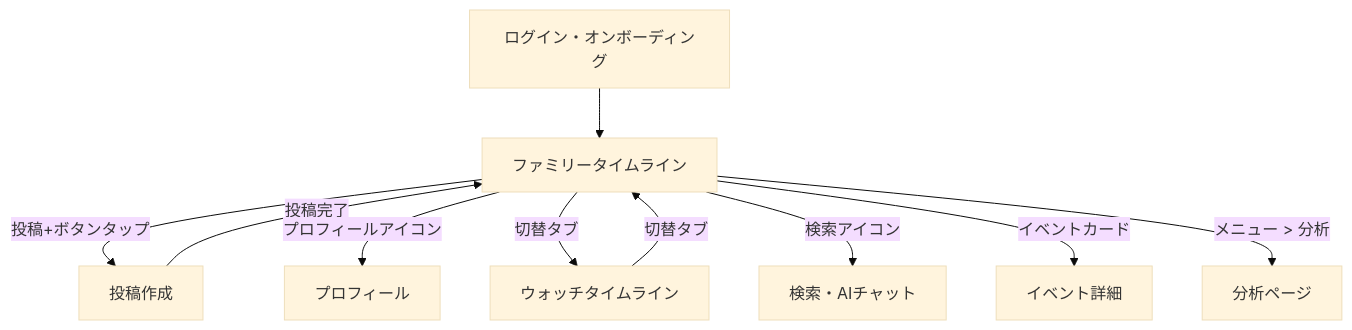
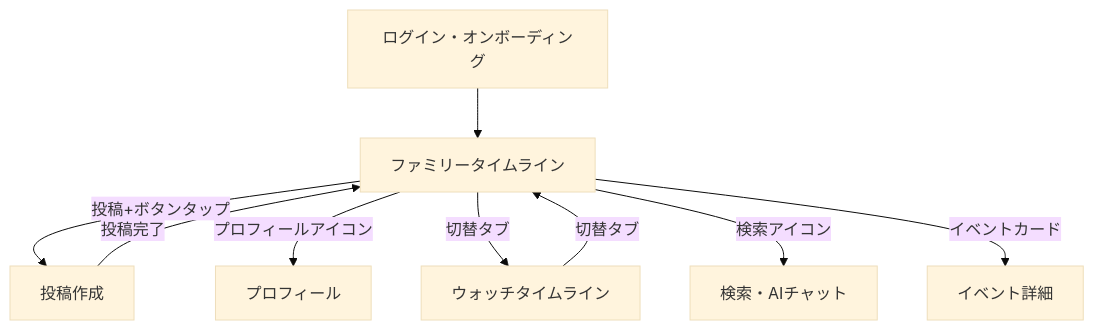
The first of 26 diagrams in doc/screen_flow.md (okap-goldman/kanushi), drawn with Mermaid (base theme) before and after one commit. The commit also changed other lines of this file and 199 other files, not shown here.

````diff
--- a/doc/screen_flow.md
+++ b/doc/screen_flow.md
@@ -5,12 +386,11 @@
 ```mermaid
 graph TD
   A[ログイン・オンボーディング] --> B[ファミリータイムライン]
   B -->|投稿+ボタンタップ| C[投稿作成]
   C -->|投稿完了| B
   B -->|プロフィールアイコン| D[プロフィール]
   B -->|切替タブ| W[ウォッチタイムライン]
   W -->|切替タブ| B
   B -->|検索アイコン| X[検索・AIチャット]
   B -->|イベントカード| E[イベント詳細]
-  B -->|メニュー > 分析| Z[分析ページ]
 ```
````
